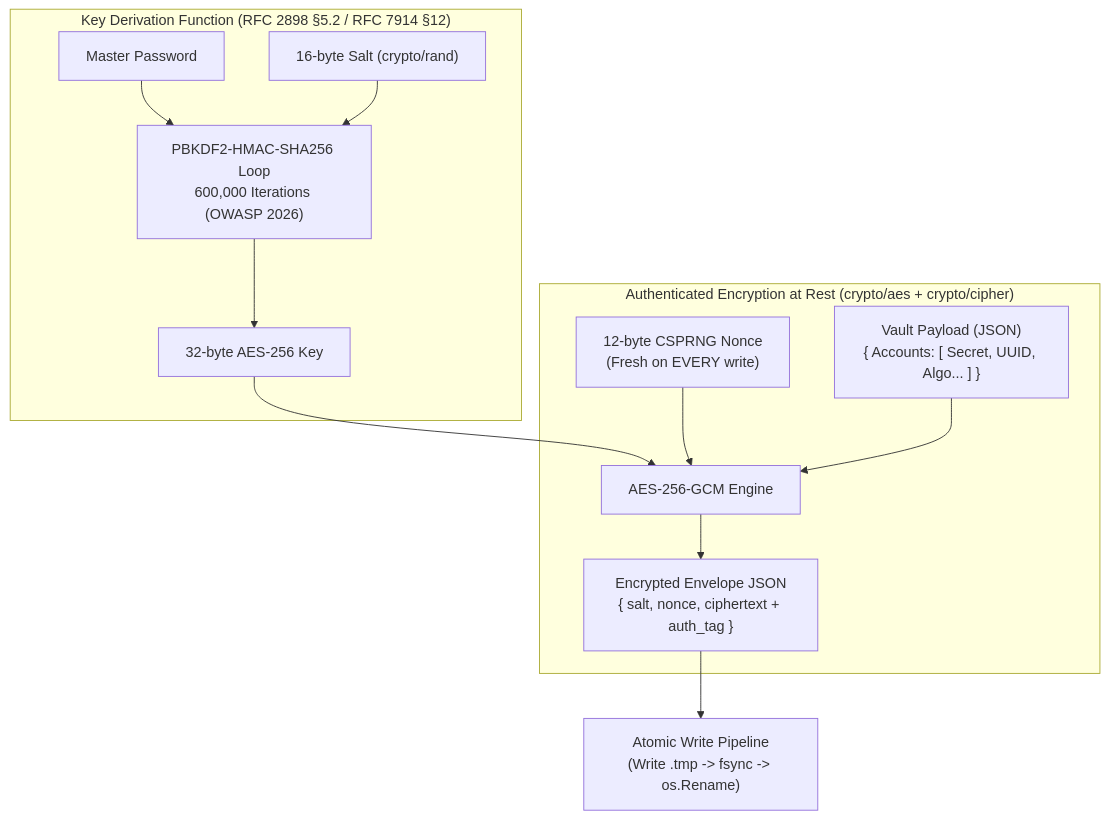
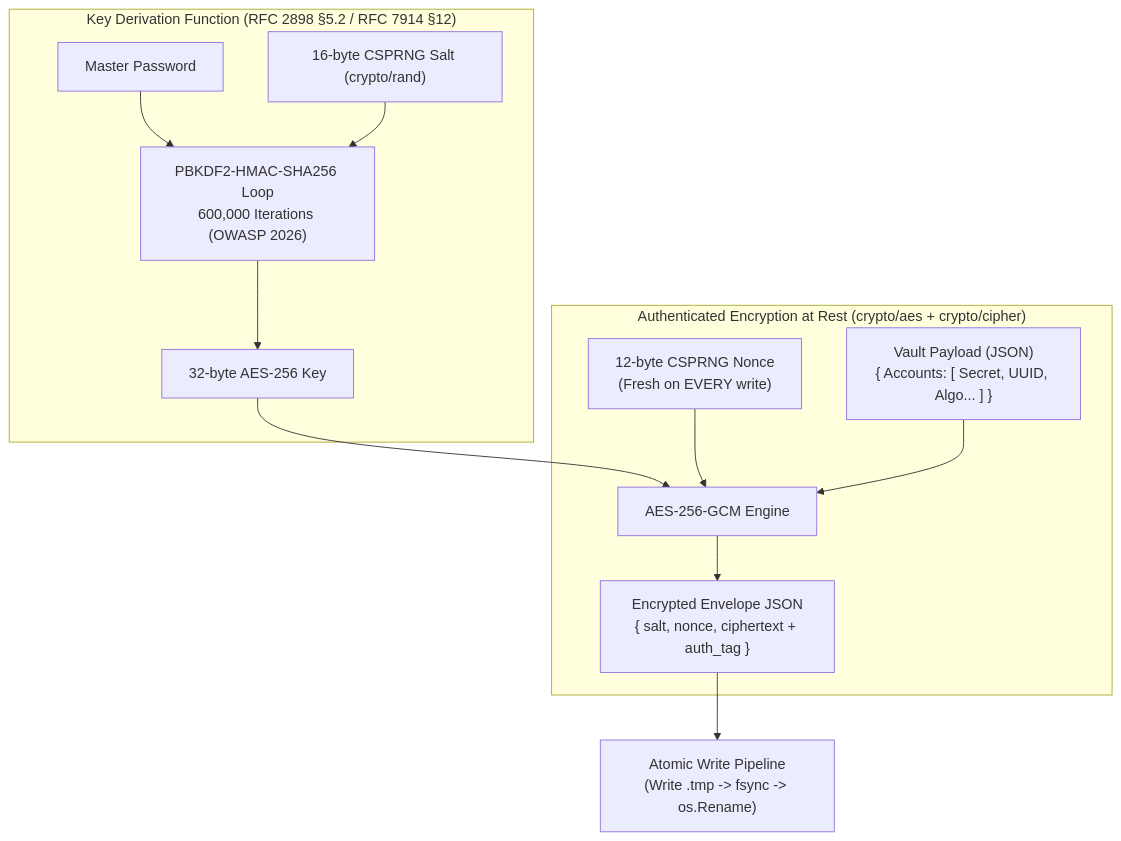
Before and after one commit to moin08s/stdotp: the second of 4 diagrams in README.md, drawn with Mermaid. The commit also changed other lines of this file, not shown here.

Commit message:
docs: make README 100% self-contained with offline judge verification guide, ASCII & Mermaid diagrams, full substitution table, and verbatim test proofs

````diff
--- a/README.md
+++ b/README.md
@@ -81,17 +149,17 @@
 ```mermaid
 flowchart TD
     subgraph KDF["Key Derivation Function (RFC 2898 §5.2 / RFC 7914 §12)"]
         Password[Master Password] --> PBKDF2Loop["PBKDF2-HMAC-SHA256 Loop<br/>600,000 Iterations (OWASP 2026)"]
-        Salt["16-byte Salt (crypto/rand)"] --> PBKDF2Loop
+        Salt["16-byte CSPRNG Salt (crypto/rand)"] --> PBKDF2Loop
         PBKDF2Loop --> DerivedKey["32-byte AES-256 Key"]
     end
 
     subgraph AEAD["Authenticated Encryption at Rest (crypto/aes + crypto/cipher)"]
         DerivedKey --> AESGCM["AES-256-GCM Engine"]
         FreshNonce["12-byte CSPRNG Nonce<br/>(Fresh on EVERY write)"] --> AESGCM
         PlaintextJSON["Vault Payload (JSON)<br/>{ Accounts: [ Secret, UUID, Algo... ] }"] --> AESGCM
         AESGCM --> EncryptedEnvelope["Encrypted Envelope JSON<br/>{ salt, nonce, ciphertext + auth_tag }"]
     end
 
     EncryptedEnvelope --> AtomicWrite["Atomic Write Pipeline<br/>(Write .tmp -> fsync -> os.Rename)"]
 ```
````
